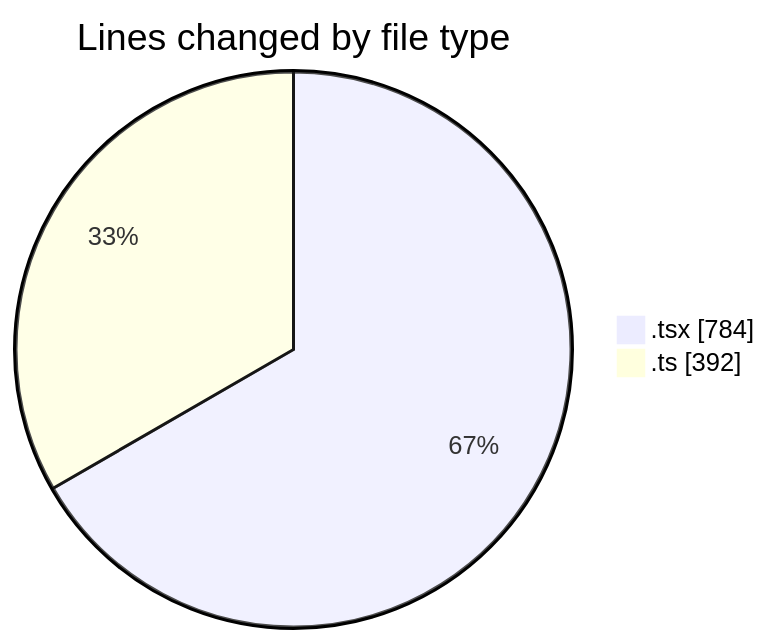
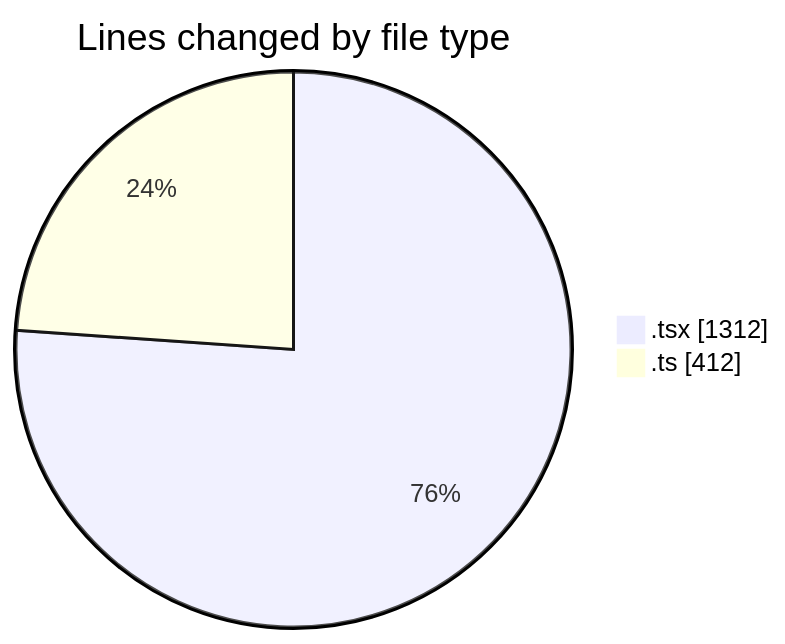
The first of 2 diagrams in 2025-03-17/audiobooks-web/README.md (robertbonfada/code-tracking), drawn with Mermaid before and after one commit. The commit also changed other lines of this file and 1 other file, not shown here.

````diff
--- a/2025-03-17/audiobooks-web/README.md
+++ b/2025-03-17/audiobooks-web/README.md
@@ -28,6 +30,6 @@
 ```mermaid
 pie showData
 title Lines changed by file type
-".tsx" : 784
-".ts" : 392
+".tsx" : 1312
+".ts" : 412
 ```
````
